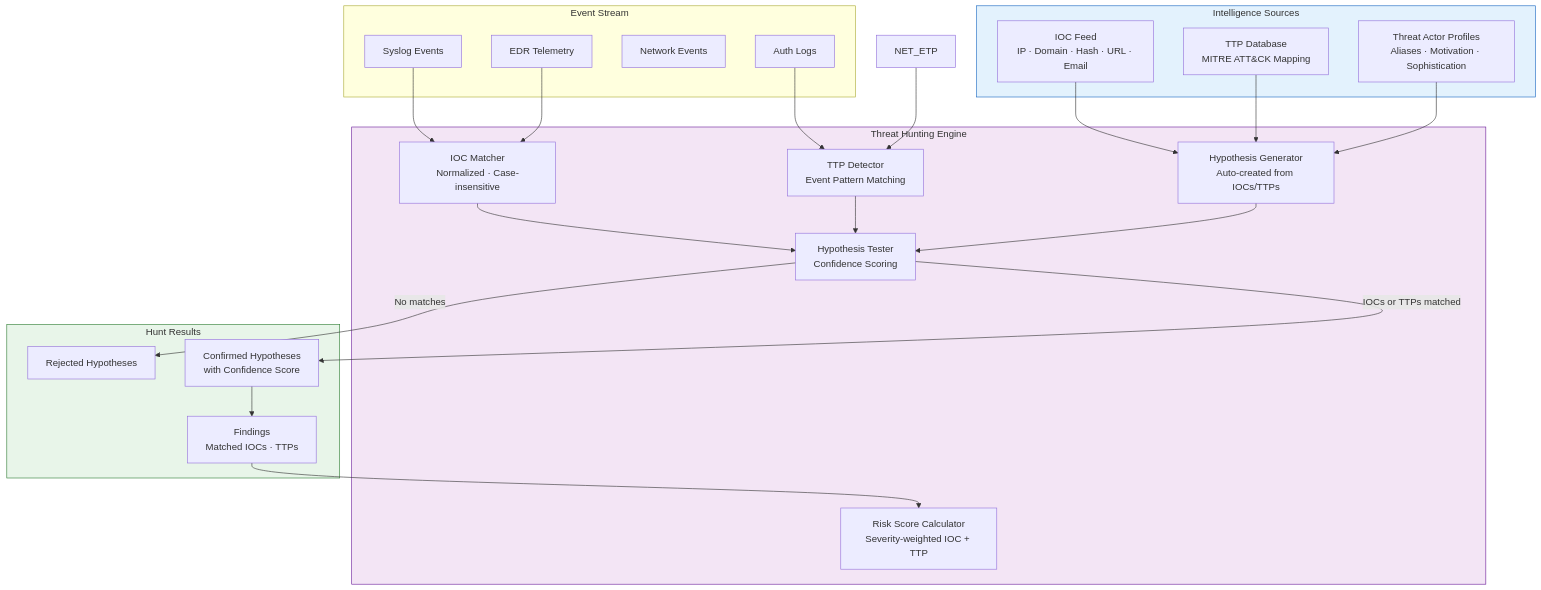
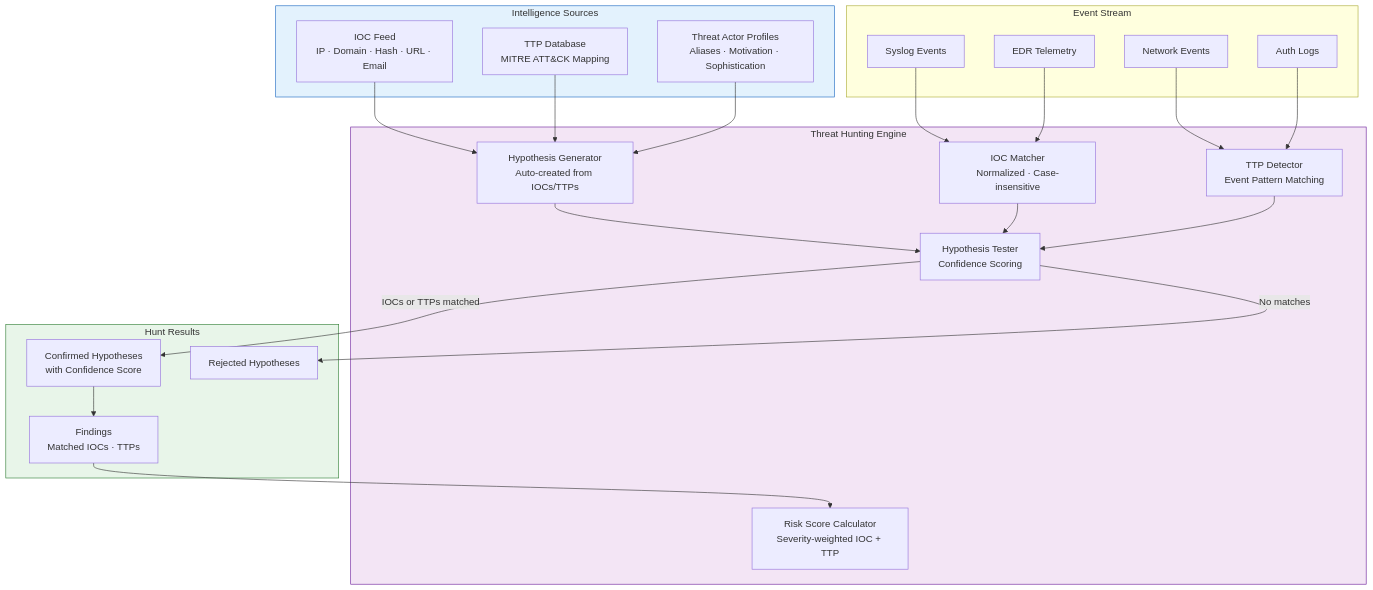
One commit to AAH20/Apex_Cyber_Sentinel changed the seventh of 12 diagrams in README.md. Above: the diagram before and after it, drawn with Mermaid. The commit also changed other lines of this file and 4 other files, not shown here.

Commit message:
Enhance: README, demos, gap analysis, mermaid diagrams, CI/CD, Docker, Helm, Terraform

````diff
--- a/README.md
+++ b/README.md
@@ -255,50 +334,50 @@
 ```mermaid
 flowchart TD
     subgraph Intel["Intelligence Sources"]
         IOC_FEED[IOC Feed<br/>IP · Domain · Hash · URL · Email]
         TTP_DB[TTP Database<br/>MITRE ATT&CK Mapping]
         ACTOR_DB[Threat Actor Profiles<br/>Aliases · Motivation · Sophistication]
     end
 
     subgraph Hunt["Threat Hunting Engine"]
         HYP[Hypothesis Generator<br/>Auto-created from IOCs/TTPs]
         MATCH[IOC Matcher<br/>Normalized · Case-insensitive]
         TTP_DET[TTP Detector<br/>Event Pattern Matching]
         TEST[Hypothesis Tester<br/>Confidence Scoring]
         RISK_CALC[Risk Score Calculator<br/>Severity-weighted IOC + TTP]
     end
 
     subgraph Events["Event Stream"]
         SYSLOG[Syslog Events]
         EDR_EVT[EDR Telemetry]
         NET_EVT[Network Events]
         AUTH_EVT[Auth Logs]
     end
 
     subgraph Output["Hunt Results"]
         CONF[Confirmed Hypotheses<br/>with Confidence Score]
         REJ[Rejected Hypotheses]
         FIND[Findings<br/>Matched IOCs · TTPs]
     end
 
     IOC_FEED --> HYP
     TTP_DB --> HYP
     ACTOR_DB --> HYP
 
     HYP --> TEST
     SYSLOG --> MATCH
     EDR_EVT --> MATCH
-    NET_ETP --> TTP_DET
+    NET_EVT --> TTP_DET
     AUTH_EVT --> TTP_DET
 
     MATCH --> TEST
     TTP_DET --> TEST
     TEST -->|IOCs or TTPs matched| CONF
     TEST -->|No matches| REJ
     CONF --> FIND
     FIND --> RISK_CALC
 
     style Intel fill:#e3f2fd,stroke:#1565c0
     style Hunt fill:#f3e5f5,stroke:#6a1b9a
     style Output fill:#e8f5e9,stroke:#2e7d32
 ```
````
